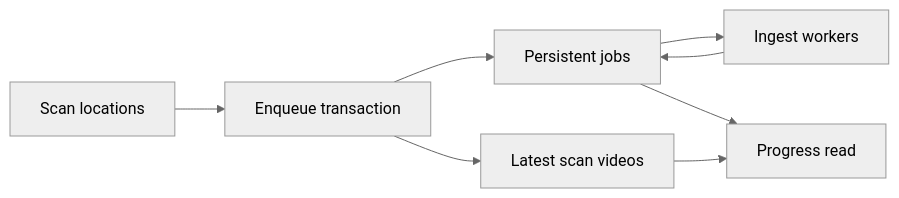
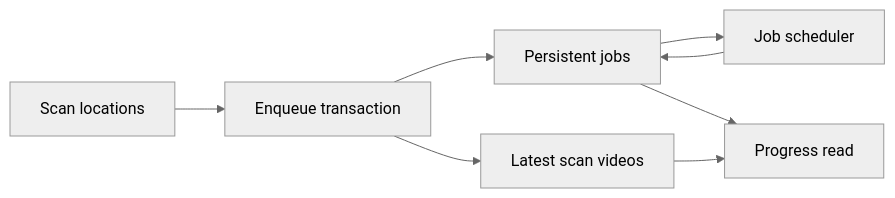
Before and after one commit to syudead/vv: the diagram in docs/design-docs/import-pipeline.md, drawn with Mermaid (neutral theme). The commit also changed other lines of this file and 12 other files, not shown here.

First line of the commit message:
feat(068): run every ingest stage on one resource scheduler

````diff
--- a/docs/design-docs/import-pipeline.md
+++ b/docs/design-docs/import-pipeline.md
@@ -8,10 +8,10 @@
 ```mermaid
 flowchart LR
   scan[Scan locations] --> tx[Enqueue transaction]
   tx --> jobs[Persistent jobs]
   tx --> members[Latest scan videos]
-  jobs --> workers[Ingest workers]
-  workers --> jobs
+  jobs --> scheduler[Job scheduler]
+  scheduler --> jobs
   jobs --> progress[Progress read]
   members --> progress
 ```
````
